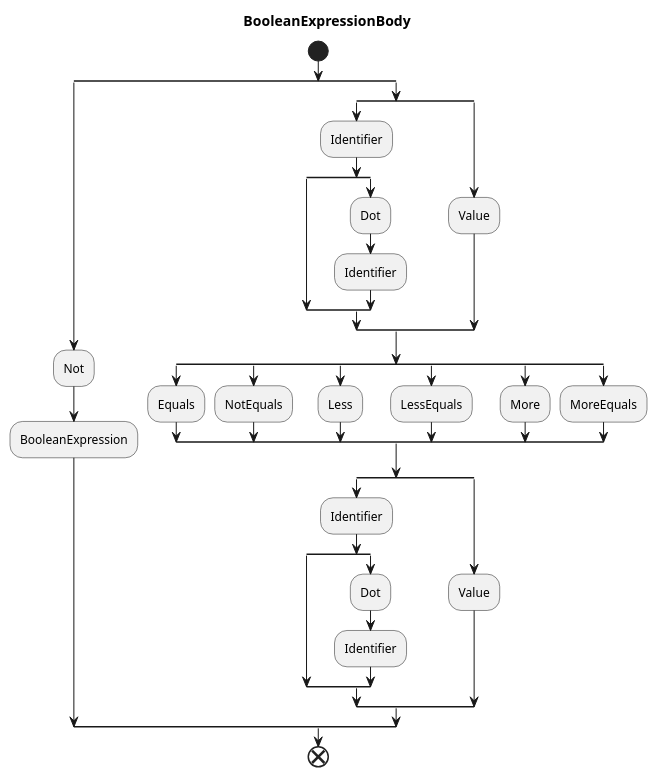
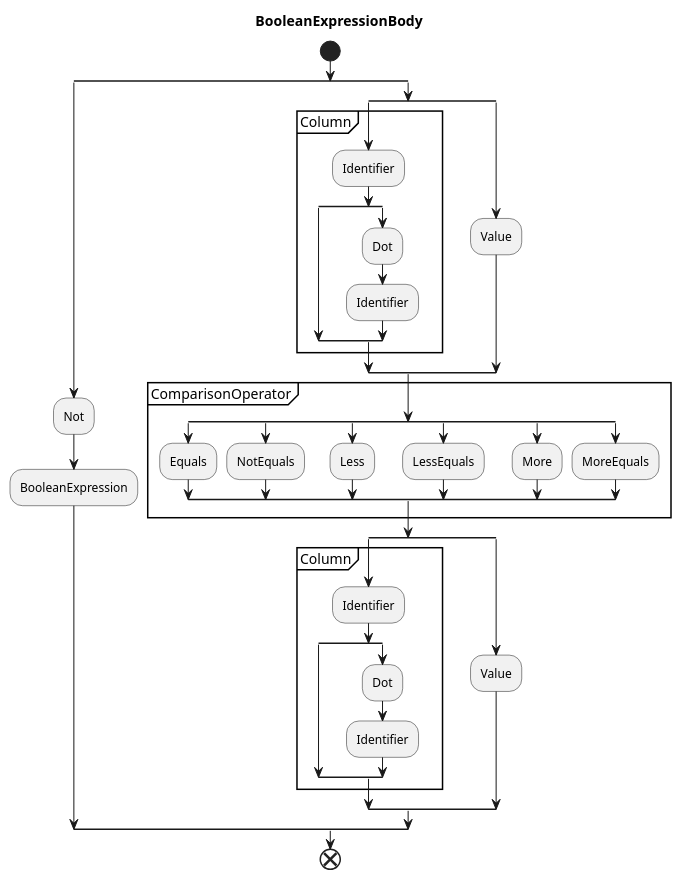
One commit to lichterberci/rust_learning changed the fourth of 5 diagrams in dbms/query_lang_compiler_notes.md. Above: the diagram before and after it, drawn with PlantUML. The commit also changed other lines of this file and 3 other files, not shown here.

````diff
--- a/dbms/query_lang_compiler_notes.md
+++ b/dbms/query_lang_compiler_notes.md
@@ -152,45 +152,52 @@
-```puml
+```plantuml
 @startuml boolean expression
 title BooleanExpressionBody
 start
 split
 :Not;
 :BooleanExpression;
 split again
 split
+partition Column {
 :Identifier;
 split
 split again
 :Dot;
 :Identifier;
 end split
+}
 split again 
 :Value;
 end split
+partition ComparisonOperator {
 split
 :Equals;
 split again
 :NotEquals;
 split again
 :Less;
 split again
 :LessEquals;
 split again
 :More;
 split again
 :MoreEquals;
 end split
+}
 split
+partition Column {
 :Identifier;
 split
 split again
 :Dot;
 :Identifier;
 end split
+}
+
 split again 
 :Value;
 end split
 end split
 end
 @enduml
 ```
````
